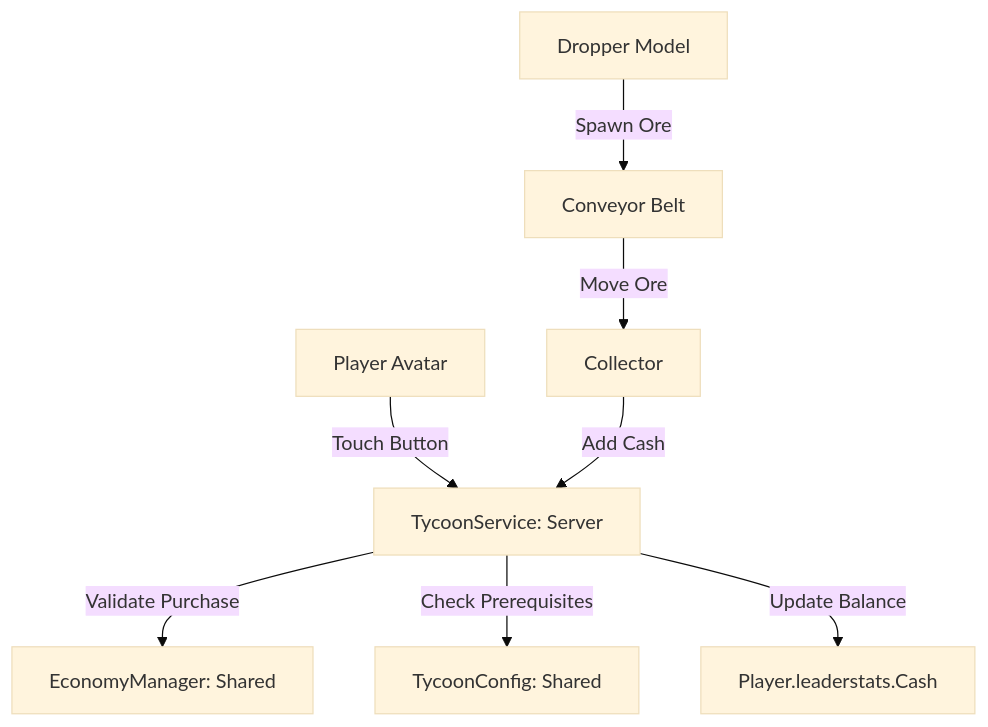
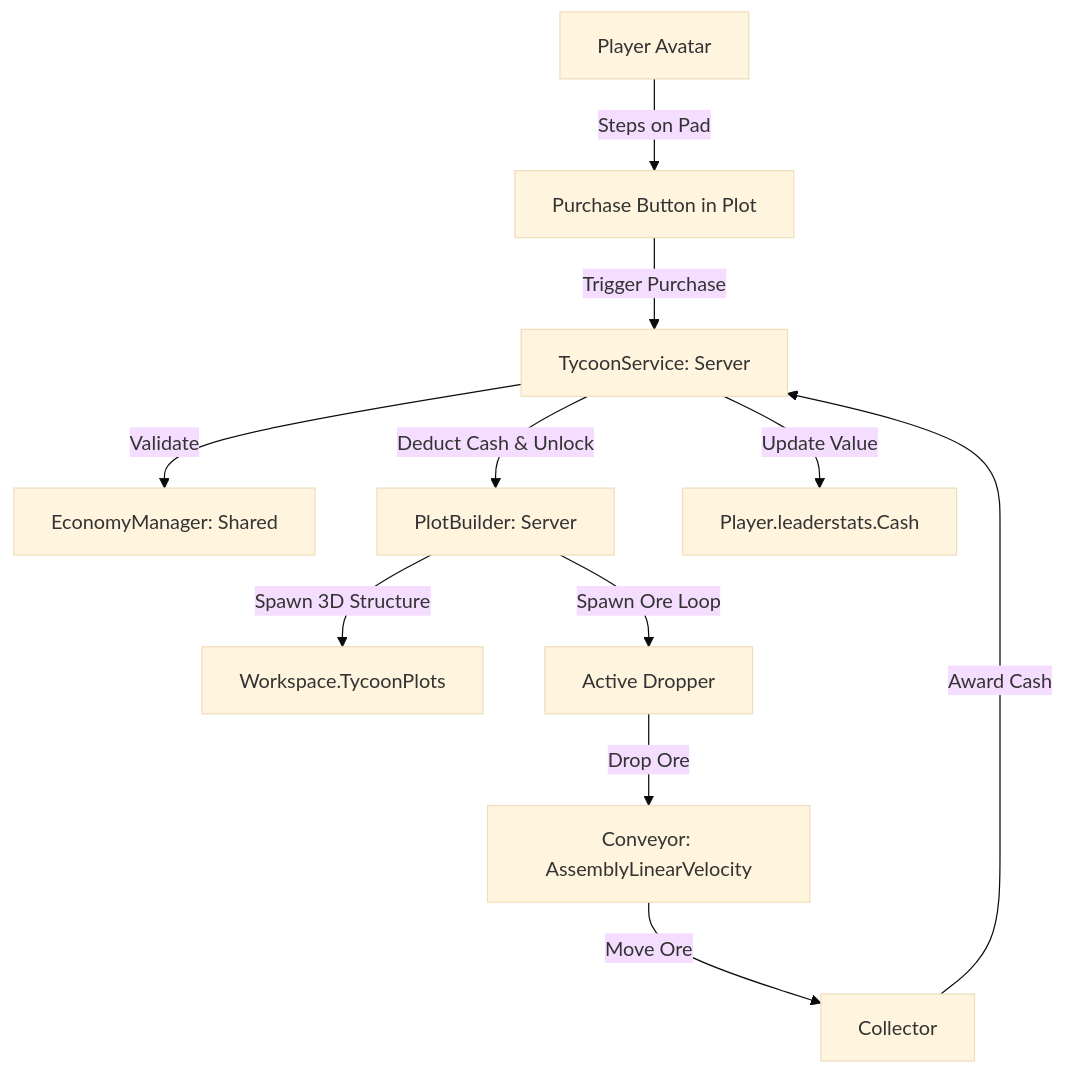
Before and after one commit to Ainz-Oul-Gown/roblox: the diagram in .ai/ARCHITECTURE.md, drawn with Mermaid (base theme). The commit also changed other lines of this file and 4 other files, not shown here.

Commit message:
feat: add procedural 3D PlotBuilder with conveyor, collector, buttons and ore dropping

````diff
--- a/.ai/ARCHITECTURE.md
+++ b/.ai/ARCHITECTURE.md
@@ -20,10 +21,13 @@
 ```mermaid
 graph TD
-    Player[Player Avatar] -->|Touch Button| TycoonService[TycoonService: Server]
-    TycoonService -->|Validate Purchase| EconomyManager[EconomyManager: Shared]
-    TycoonService -->|Check Prerequisites| TycoonConfig[TycoonConfig: Shared]
-    TycoonService -->|Update Balance| Leaderstats[Player.leaderstats.Cash]
-    Dropper[Dropper Model] -->|Spawn Ore| Conveyor[Conveyor Belt]
+    Player[Player Avatar] -->|Steps on Pad| Button[Purchase Button in Plot]
+    Button -->|Trigger Purchase| TycoonService[TycoonService: Server]
+    TycoonService -->|Validate| EconomyManager[EconomyManager: Shared]
+    TycoonService -->|Deduct Cash & Unlock| PlotBuilder[PlotBuilder: Server]
+    PlotBuilder -->|Spawn 3D Structure| World[Workspace.TycoonPlots]
+    PlotBuilder -->|Spawn Ore Loop| Dropper[Active Dropper]
+    Dropper -->|Drop Ore| Conveyor[Conveyor: AssemblyLinearVelocity]
     Conveyor -->|Move Ore| Collector[Collector]
-    Collector -->|Add Cash| TycoonService
+    Collector -->|Award Cash| TycoonService
+    TycoonService -->|Update Value| Leaderstats[Player.leaderstats.Cash]
 ```
````
